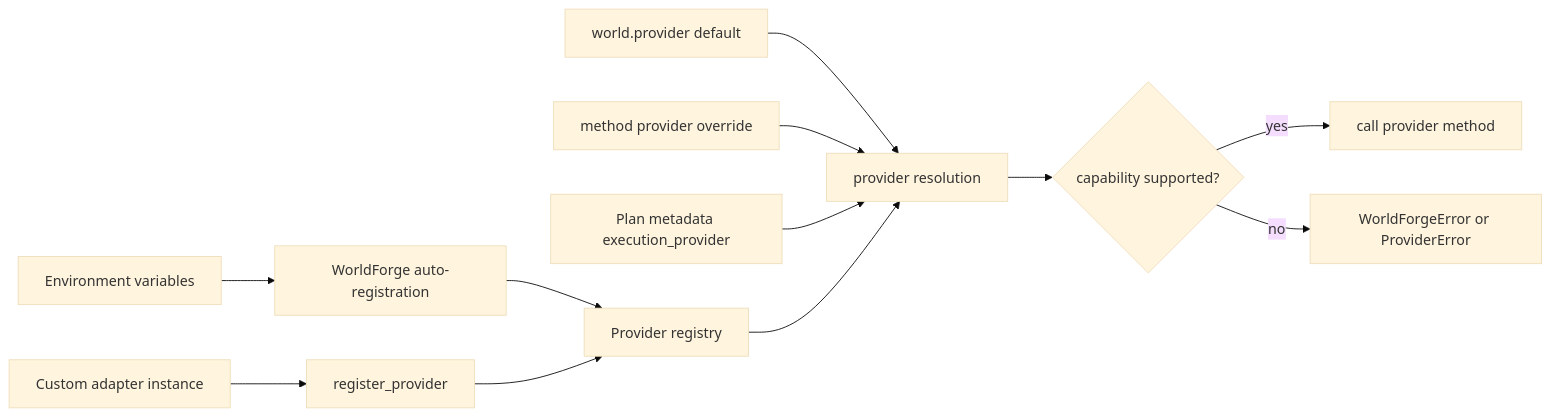
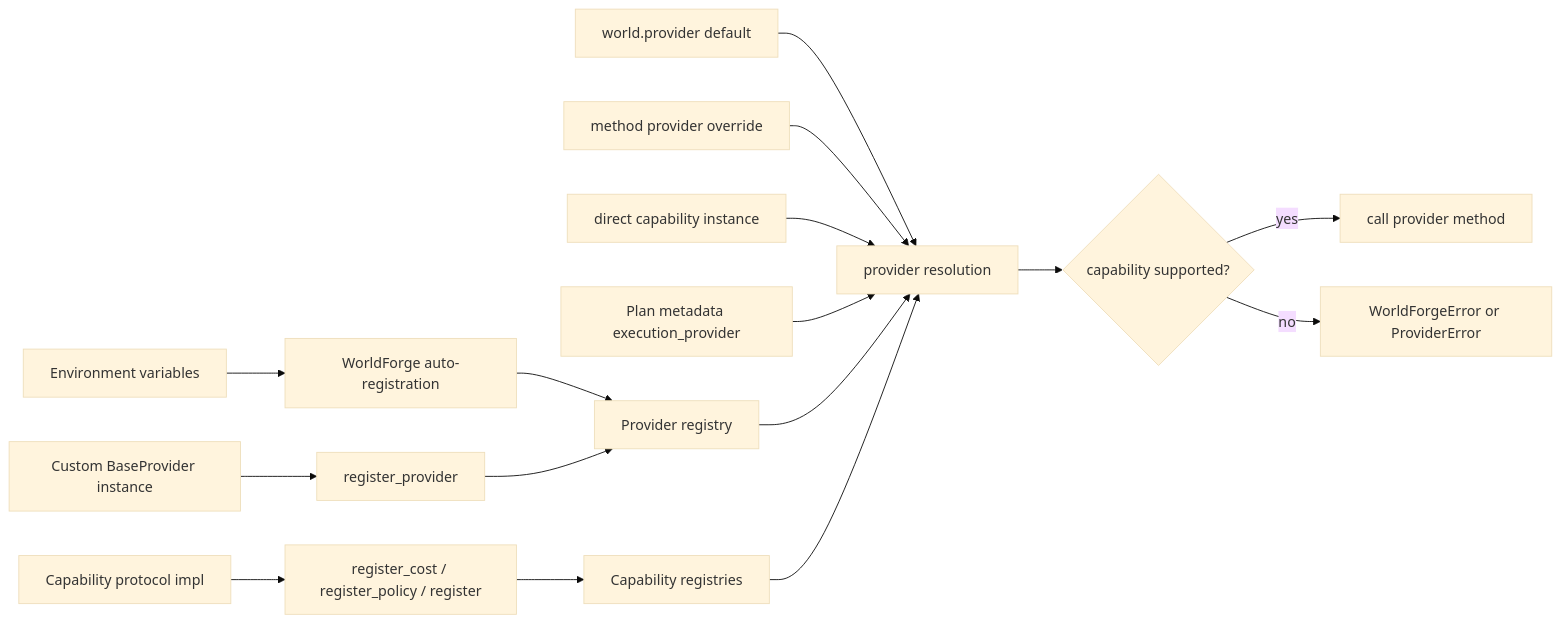
Before and after one commit to omarespejel/worldforge: the second of 4 diagrams in docs/src/architecture.md, drawn with Mermaid (base theme). The commit also changed other lines of this file and 28 other files, not shown here.

Commit message:
Complete capability protocol integration

````diff
--- a/docs/src/architecture.md
+++ b/docs/src/architecture.md
@@ -280,14 +319,18 @@
 ```mermaid
 flowchart LR
     Env[Environment variables] --> Auto[WorldForge auto-registration]
-    Custom[Custom adapter instance] --> Manual[register_provider]
+    Custom[Custom BaseProvider instance] --> Manual[register_provider]
+    Protocol[Capability protocol impl] --> ManualProtocol[register_cost / register_policy / register]
     Auto --> Registry[Provider registry]
     Manual --> Registry
+    ManualProtocol --> CapabilityRegistry[Capability registries]
     WorldProvider[world.provider default] --> Resolve[provider resolution]
     CallOverride[method provider override] --> Resolve
+    Direct[direct capability instance] --> Resolve
     PlanExec[Plan metadata execution_provider] --> Resolve
     Registry --> Resolve
+    CapabilityRegistry --> Resolve
     Resolve --> Capability{capability supported?}
     Capability -- yes --> Invoke[call provider method]
     Capability -- no --> Error[WorldForgeError or ProviderError]
 ```
````
